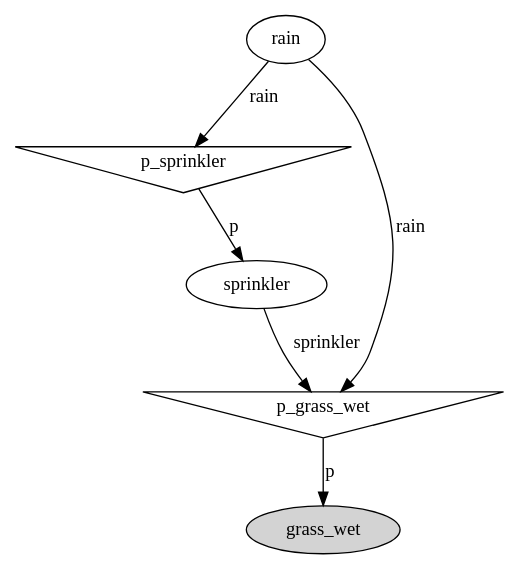
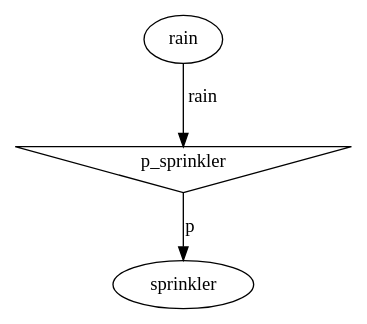
Before and after one commit to rolisanchez/ai-project-mcmc: the diagram in ex/container.dot, drawn with Graphviz. The commit also changed 5 other files, not shown here.

```diff
--- a/ex/container.dot
+++ b/ex/container.dot
@@ -1,12 +1,7 @@
 digraph G {
+sprinkler;
+p_sprinkler [shape=invtriangle];
+p_sprinkler -> sprinkler  [label=p];
 rain;
-p_sprinkler [shape=invtriangle];
 rain -> p_sprinkler  [label=rain];
-grass_wet [style=filled];
-p_grass_wet [shape=invtriangle];
-p_grass_wet -> grass_wet  [label=p];
-sprinkler;
-sprinkler -> p_grass_wet  [label=sprinkler];
-p_sprinkler -> sprinkler  [label=p];
-rain -> p_grass_wet  [label=rain];
 }
```
